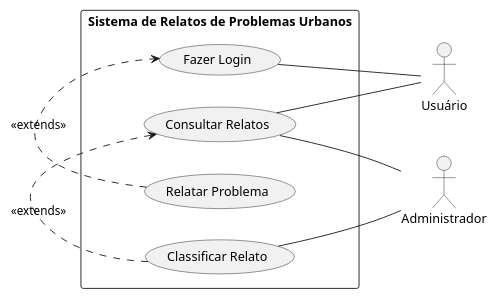
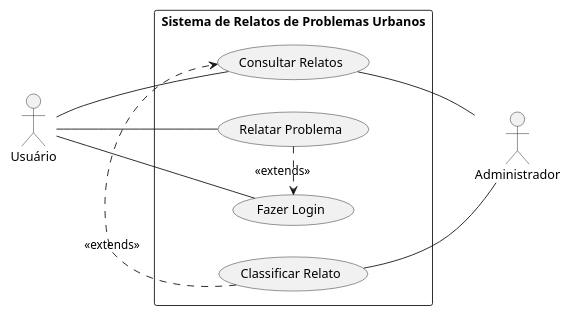
One commit to RenataArdito/Alerta-ADS changed the diagram in UseCase.md. Above: the diagram before and after it, drawn with PlantUML.

````diff
--- a/UseCase.md
+++ b/UseCase.md
@@ -1,28 +1,28 @@
 ```plantuml
 @startuml
 
 scale 0.9
 left to right direction
 
 rectangle "Sistema de Relatos de Problemas Urbanos"{
 
 usecase "Fazer Login" as UC001
 usecase "Relatar Problema" as UC002
 usecase "Classificar Relato" as UC003
 usecase "Consultar Relatos" as UC004
 }
 
 actor "Usuário" as a001
 actor "Administrador" as a002
 
 UC002 .> UC001: <<extends>>
 a001 -- UC001
-
+a001 -- UC002
 UC003 .> UC004: <<extends>>
 a002 -- UC003
 
 UC004 -- a001
 UC004 -- a002
 
 @enduml
 ```
````
